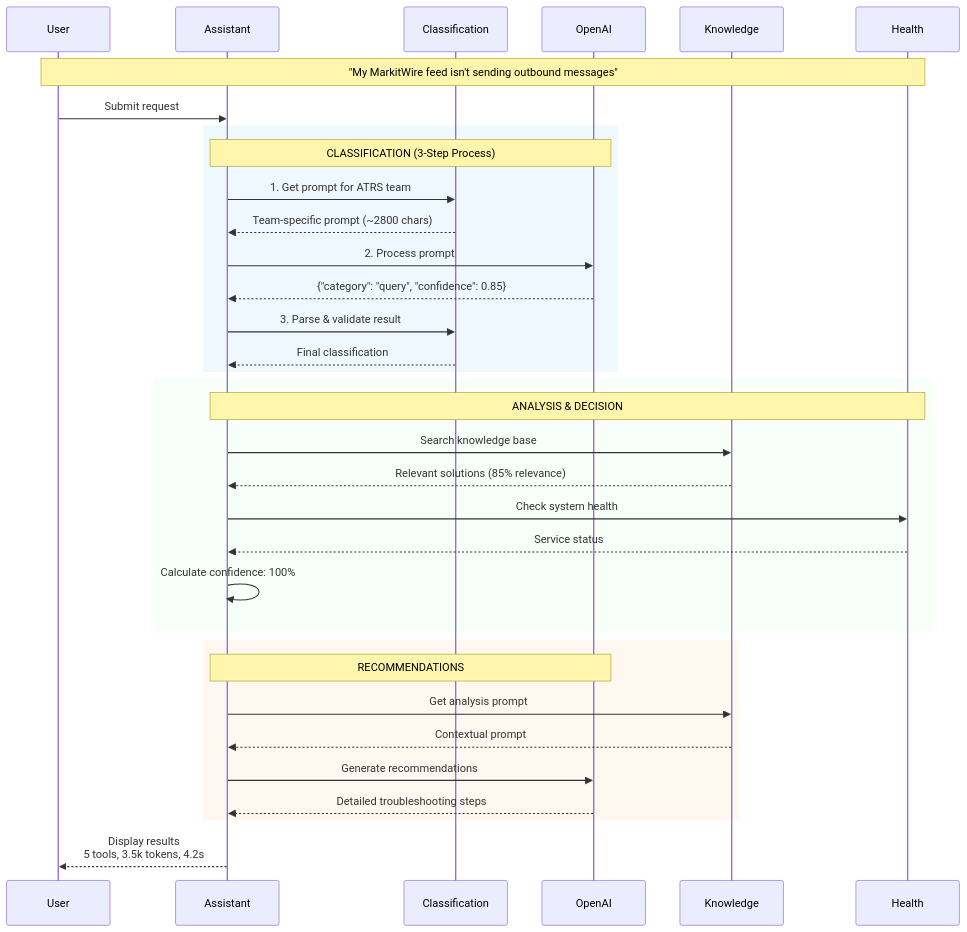
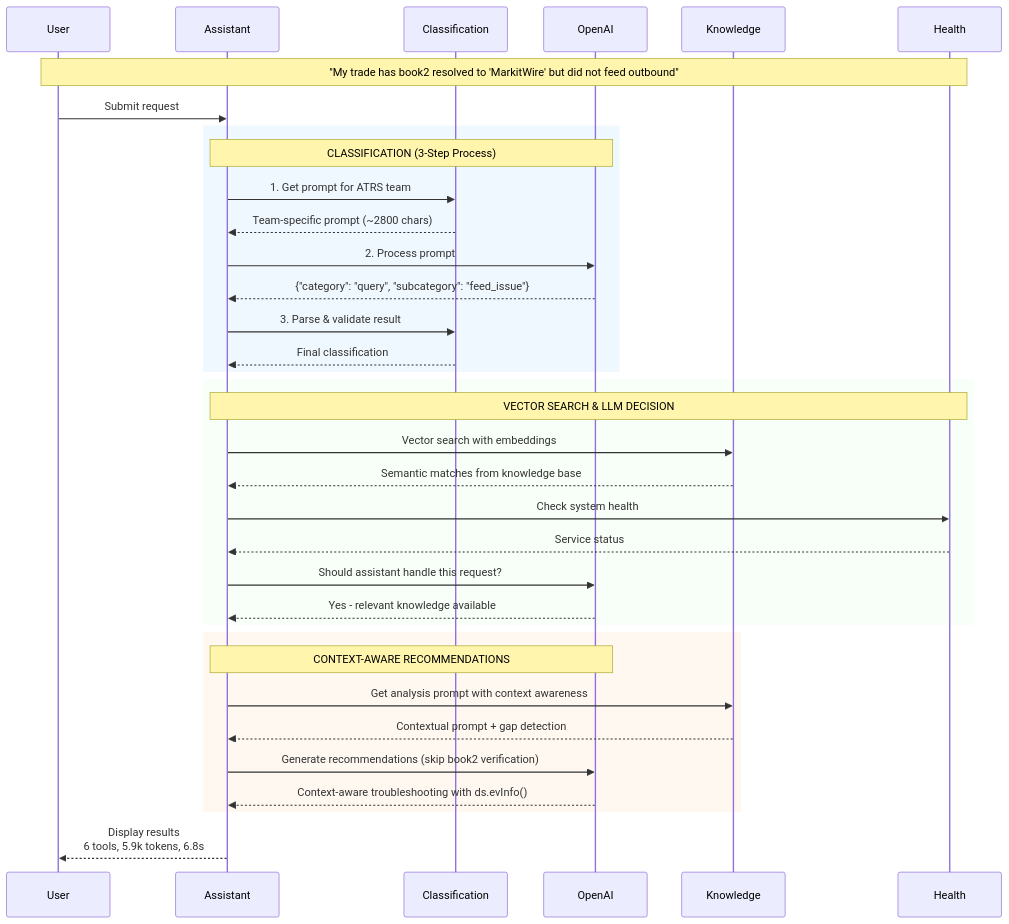
One commit to repque/support-assistant changed the first of 4 diagrams in simplified_flow_diagram.md. Above: the diagram before and after it, drawn with Mermaid. The commit also changed other lines of this file and 23 other files, not shown here.

````diff
--- a/simplified_flow_diagram.md
+++ b/simplified_flow_diagram.md
@@ -5,42 +5,43 @@
 ```mermaid
 sequenceDiagram
     participant User as User
     participant Assistant as Assistant
     participant ClassServer as Classification
     participant LLM as OpenAI
     participant KnowServer as Knowledge
     participant HealthServer as Health
     
-    Note over User,HealthServer: "My MarkitWire feed isn't sending outbound messages"
+    Note over User,HealthServer: "My trade has book2 resolved to 'MarkitWire' but did not feed outbound"
     
     User->>Assistant: Submit request
     
     rect rgb(240, 248, 255)
         Note over Assistant,LLM: CLASSIFICATION (3-Step Process)
         Assistant->>ClassServer: 1. Get prompt for ATRS team
         ClassServer-->>Assistant: Team-specific prompt (~2800 chars)
         Assistant->>LLM: 2. Process prompt
-        LLM-->>Assistant: {"category": "query", "confidence": 0.85}
+        LLM-->>Assistant: {"category": "query", "subcategory": "feed_issue"}
         Assistant->>ClassServer: 3. Parse & validate result
         ClassServer-->>Assistant: Final classification
     end
     
     rect rgb(248, 255, 248)
-        Note over Assistant,HealthServer: ANALYSIS & DECISION
-        Assistant->>KnowServer: Search knowledge base
-        KnowServer-->>Assistant: Relevant solutions (85% relevance)
+        Note over Assistant,HealthServer: VECTOR SEARCH & LLM DECISION
+        Assistant->>KnowServer: Vector search with embeddings
+        KnowServer-->>Assistant: Semantic matches from knowledge base
         Assistant->>HealthServer: Check system health
         HealthServer-->>Assistant: Service status
-        Assistant->>Assistant: Calculate confidence: 100%
+        Assistant->>LLM: Should assistant handle this request?
+        LLM-->>Assistant: Yes - relevant knowledge available
     end
     
     rect rgb(255, 248, 240)
-        Note over Assistant,LLM: RECOMMENDATIONS
-        Assistant->>KnowServer: Get analysis prompt
-        KnowServer-->>Assistant: Contextual prompt
-        Assistant->>LLM: Generate recommendations
-        LLM-->>Assistant: Detailed troubleshooting steps
+        Note over Assistant,LLM: CONTEXT-AWARE RECOMMENDATIONS
+        Assistant->>KnowServer: Get analysis prompt with context awareness
+        KnowServer-->>Assistant: Contextual prompt + gap detection
+        Assistant->>LLM: Generate recommendations (skip book2 verification)
+        LLM-->>Assistant: Context-aware troubleshooting with ds.evInfo()
     end
     
-    Assistant-->>User: Display results<br/>5 tools, 3.5k tokens, 4.2s
+    Assistant-->>User: Display results<br/>6 tools, 5.9k tokens, 6.8s
 ```
````
